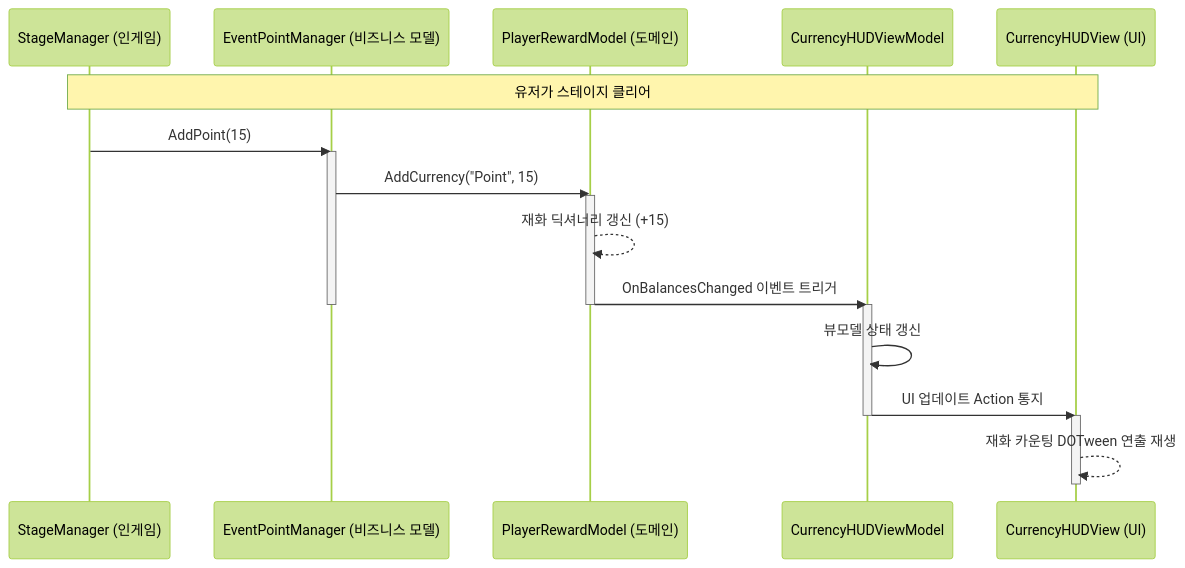
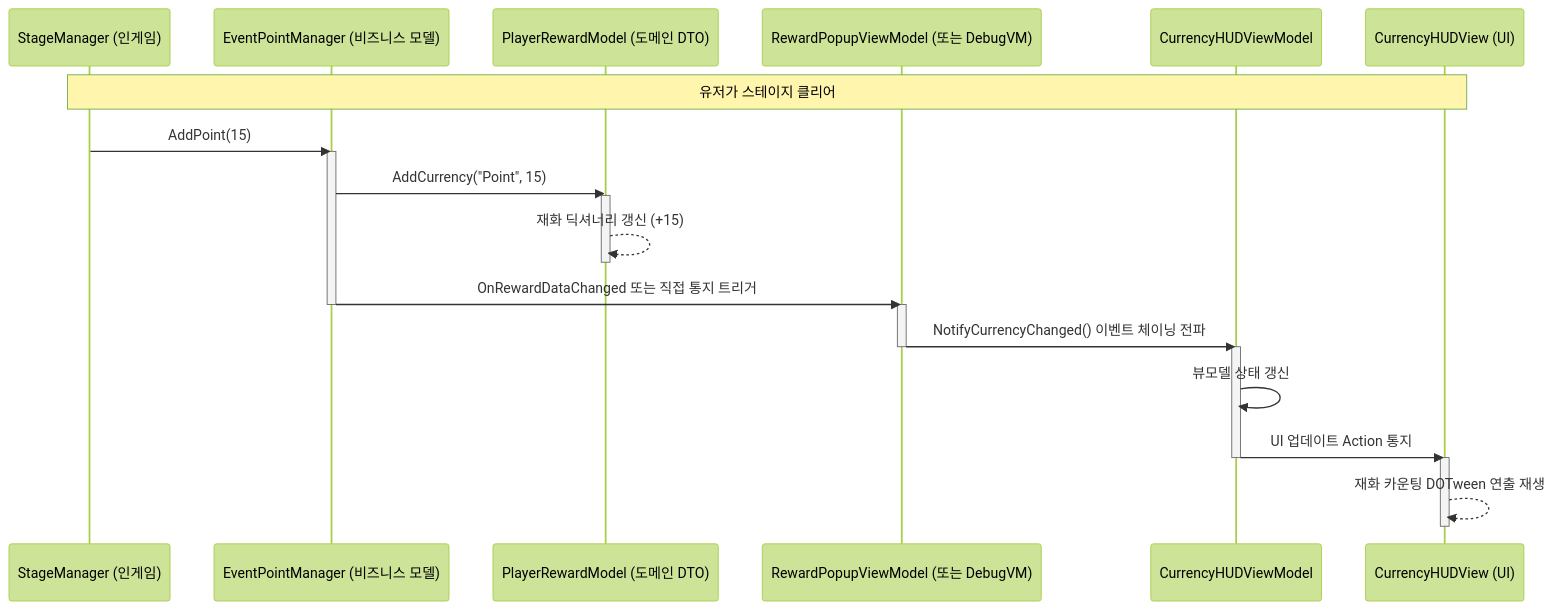
Before and after one commit to frod2793/BePex_Unity_Client: the second of 2 diagrams in README.md, drawn with Mermaid (forest theme). The commit also changed other lines of this file and 11 other files, not shown here.

````diff
--- a/README.md
+++ b/README.md
@@ -131,25 +295,29 @@
 ```mermaid
 sequenceDiagram
     participant SM as StageManager (인게임)
     participant EPM as EventPointManager (비즈니스 모델)
-    participant PRM as PlayerRewardModel (도메인)
+    participant PRM as PlayerRewardModel (도메인 DTO)
+    participant RVM as RewardPopupViewModel (또는 DebugVM)
     participant CHVM as CurrencyHUDViewModel
     participant CHV as CurrencyHUDView (UI)
 
     Note over SM, CHV: 유저가 스테이지 클리어
     SM->>EPM: AddPoint(15)
     activate EPM
     EPM->>PRM: AddCurrency("Point", 15)
     activate PRM
     PRM-->>PRM: 재화 딕셔너리 갱신 (+15)
-    PRM->>CHVM: OnBalancesChanged 이벤트 트리거
     deactivate PRM
+    EPM->>RVM: OnRewardDataChanged 또는 직접 통지 트리거
     deactivate EPM
+    activate RVM
+    RVM->>CHVM: NotifyCurrencyChanged() 이벤트 체이닝 전파
+    deactivate RVM
     activate CHVM
     CHVM->>CHVM: 뷰모델 상태 갱신
     CHVM->>CHV: UI 업데이트 Action 통지
     deactivate CHVM
     activate CHV
     CHV-->>CHV: 재화 카운팅 DOTween 연출 재생
     deactivate CHV
 ```
````
